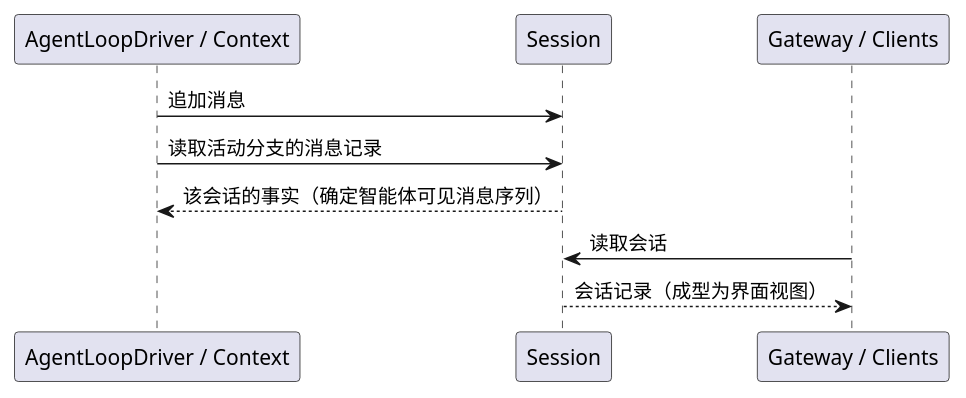
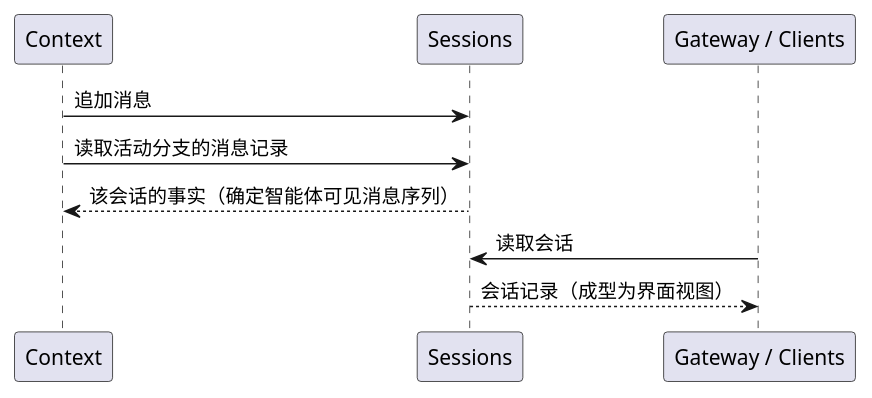
The seventh of 10 diagrams in docs/1 High-Level Design/1 High-Level Design.md (pisciculus0413/Pisces), drawn with PlantUML before and after one commit. The commit also changed other lines of this file, not shown here.

````diff
--- a/docs/1 High-Level Design/1 High-Level Design.md
+++ b/docs/1 High-Level Design/1 High-Level Design.md
@@ -515,13 +600,13 @@
 ```plantuml
 @startuml
-participant "AgentLoopDriver / Context" as core
-participant "Session" as store
+participant "Context" as core
+participant "Sessions" as store
 participant "Gateway / Clients" as ui
 
 core -> store : 追加消息
 core -> store : 读取活动分支的消息记录
 store --> core : 该会话的事实（确定智能体可见消息序列）
 ui -> store : 读取会话
 store --> ui : 会话记录（成型为界面视图）
 @enduml
 ```
````
